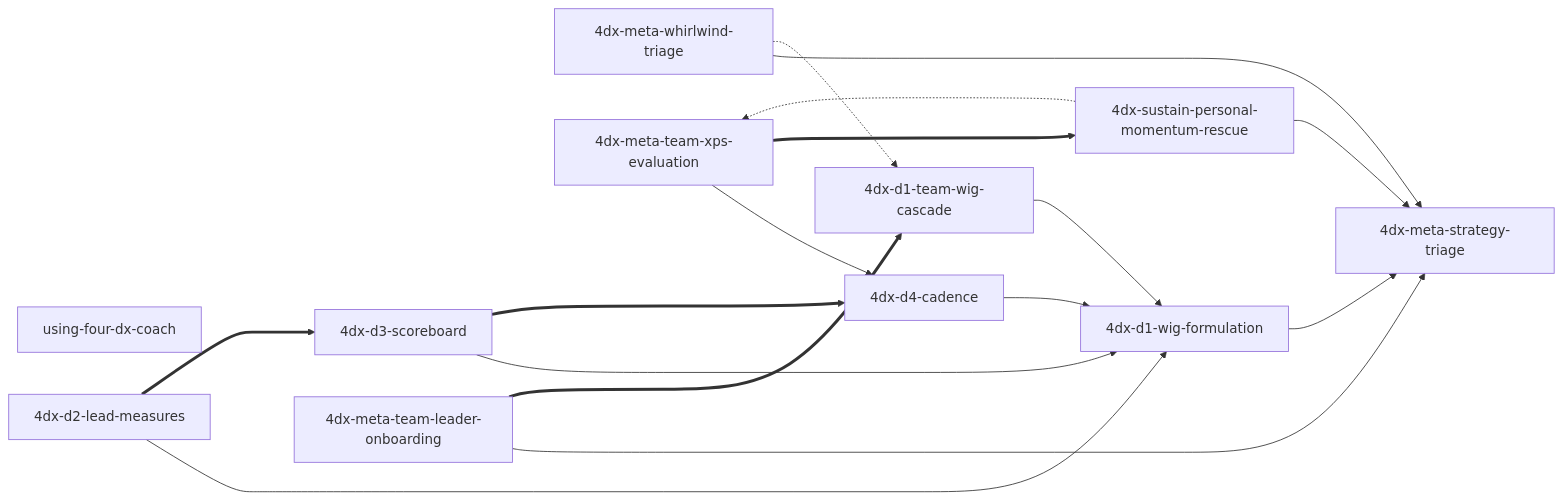
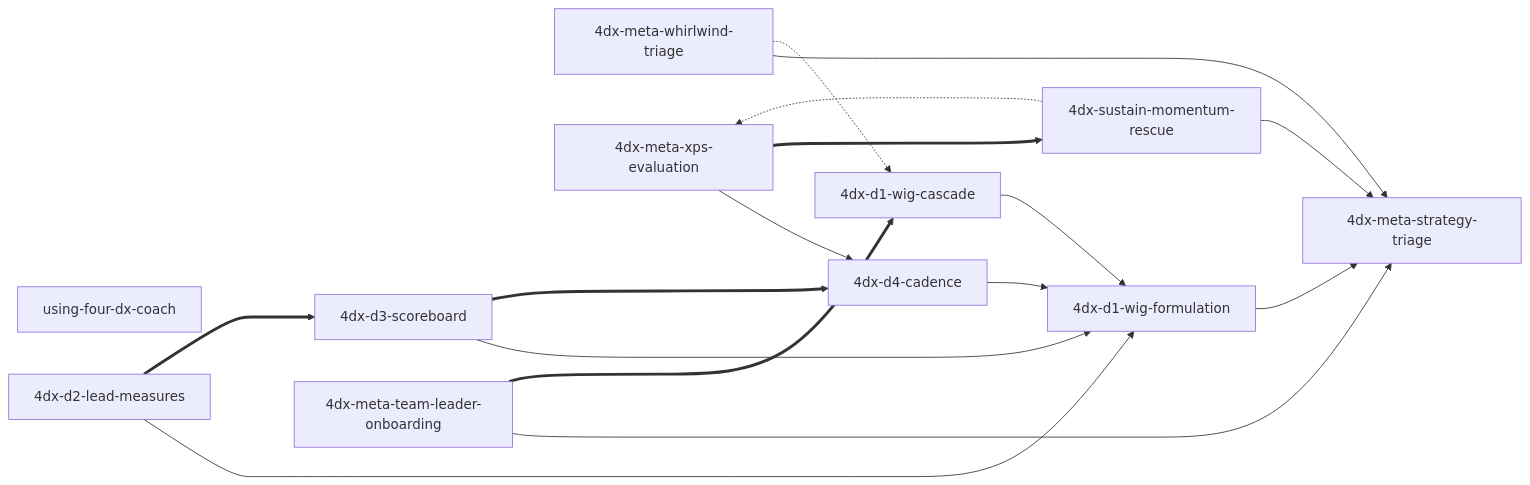
One commit to kouko/monkey-skills changed the diagram in four-dx-coach/INDEX.md. Above: the diagram before and after it, drawn with Mermaid. The commit also changed other lines of this file and 56 other files, not shown here.

````diff
--- a/four-dx-coach/INDEX.md
+++ b/four-dx-coach/INDEX.md
@@ -51,42 +51,42 @@
 ```mermaid
 graph LR
     %% Plugin router
     pr[using-four-dx-coach]
 
     %% Multi-file scope-flex skills
     meta[4dx-meta-strategy-triage]
     d1wig[4dx-d1-wig-formulation]
     d2[4dx-d2-lead-measures]
     d3[4dx-d3-scoreboard]
     d4[4dx-d4-cadence]
 
     %% Single-file scope-specific skills
     wt[4dx-meta-whirlwind-triage]
-    cascade[4dx-d1-team-wig-cascade]
+    cascade[4dx-d1-wig-cascade]
     onboard[4dx-meta-team-leader-onboarding]
-    xps[4dx-meta-team-xps-evaluation]
-    rescue[4dx-sustain-personal-momentum-rescue]
+    xps[4dx-meta-xps-evaluation]
+    rescue[4dx-sustain-momentum-rescue]
 
     %% Router dispatches everywhere (omitted for legibility — pr defers to all)
 
     %% Depends-on (solid)
     wt --> meta
     d1wig --> meta
     d2 --> d1wig
     d3 --> d1wig
     d4 --> d1wig
     cascade --> d1wig
     onboard --> meta
     xps --> d4
     rescue --> meta
 
     %% Composes-with (thick) — typically used together
     d2 ===> d3
     d3 ===> d4
     onboard ===> cascade
     xps ===> rescue
 
     %% Contrasts-with (dotted) — same domain, alternative scope/phase
     rescue -.-> xps
     wt -.-> cascade
 ```
````
